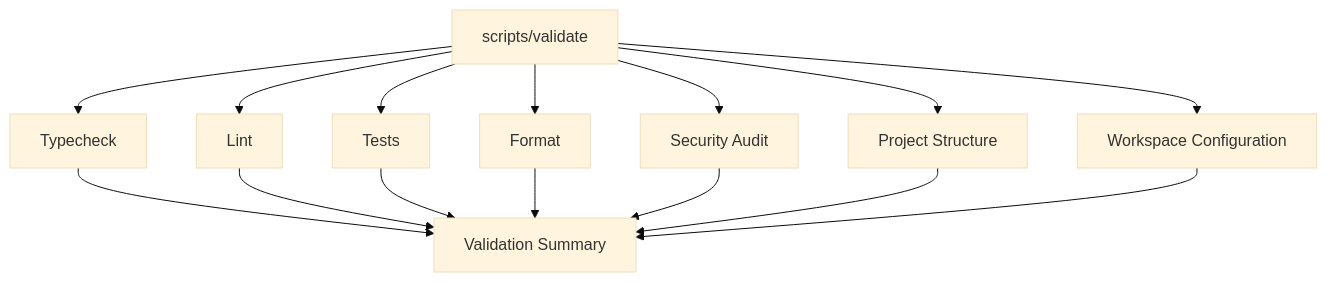
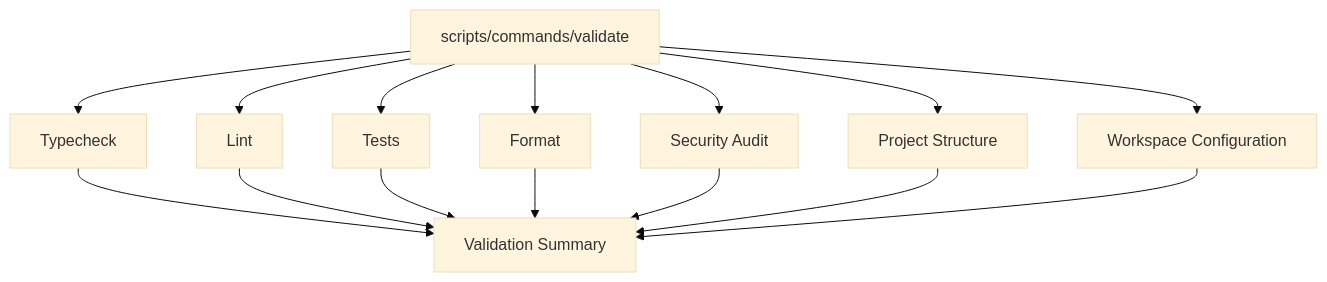
Diagram 11 of 16 in docs/developer/EE-IMP-006-P07_Root_Script_Suite_Automation.md (EQ-LABS-TECH/ee-monorepo), drawn with Mermaid (base theme) before and after one commit. The commit also changed other lines of this file and 14 other files, not shown here.

````diff
--- a/docs/developer/EE-IMP-006-P07_Root_Script_Suite_Automation.md
+++ b/docs/developer/EE-IMP-006-P07_Root_Script_Suite_Automation.md
@@ -481,30 +472,30 @@
 ```mermaid
 flowchart TD
-    V["scripts/validate"]
+ V["scripts/commands/validate"]
 
-    T["Typecheck"]
-    L["Lint"]
-    TS["Tests"]
-    F["Format"]
-    S["Security Audit"]
-    ST["Project Structure"]
-    W["Workspace Configuration"]
+ T["Typecheck"]
+ L["Lint"]
+ TS["Tests"]
+ F["Format"]
+ S["Security Audit"]
+ ST["Project Structure"]
+ W["Workspace Configuration"]
 
-    R["Validation Summary"]
+ R["Validation Summary"]
 
-    V --> T
-    V --> L
-    V --> TS
-    V --> F
-    V --> S
-    V --> ST
-    V --> W
+ V --> T
+ V --> L
+ V --> TS
+ V --> F
+ V --> S
+ V --> ST
+ V --> W
 
-    T --> R
-    L --> R
-    TS --> R
-    F --> R
-    S --> R
-    ST --> R
-    W --> R
+ T --> R
+ L --> R
+ TS --> R
+ F --> R
+ S --> R
+ ST --> R
+ W --> R
 ```
````
